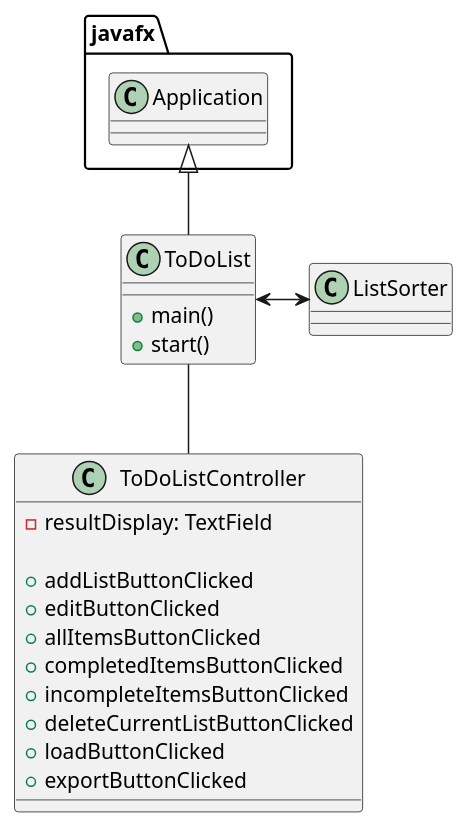
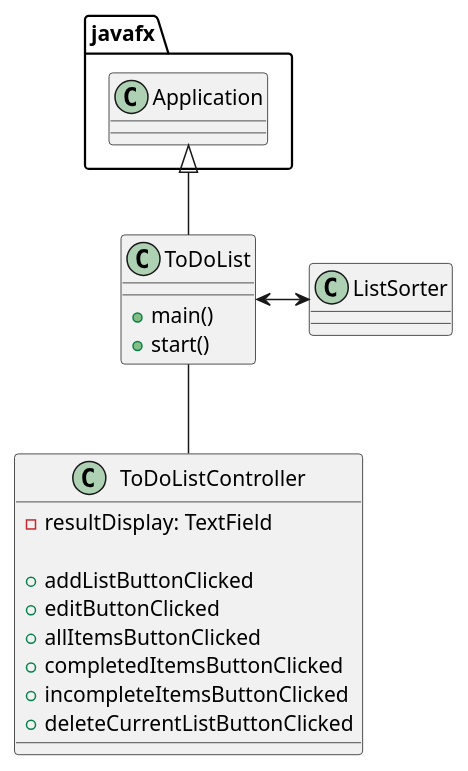
One commit to cepedaj0601/cepeda-cop3330-assignment4 changed the diagram in uml/To Do List.puml. Above: the diagram before and after it, drawn with PlantUML. The commit also changed 3 other files, not shown here.

```diff
--- a/uml/To Do List.puml
+++ b/uml/To Do List.puml
@@ -1,31 +1,29 @@
 @startuml
 'https://plantuml.com/class-diagram
 
 class ToDoList{
     + main()
     + start()
 }
 
 class ToDoListController{
     - resultDisplay: TextField
 
     + addListButtonClicked
     + editButtonClicked
     + allItemsButtonClicked
     + completedItemsButtonClicked
     + incompleteItemsButtonClicked
     + deleteCurrentListButtonClicked
-    + loadButtonClicked
-    + exportButtonClicked
 }
 
 class ListSorter {
 
 }
 
 javafx.Application <|-- ToDoList
 
 ToDoList <-> ListSorter
 ToDoList -- ToDoListController
 
 @enduml
```
